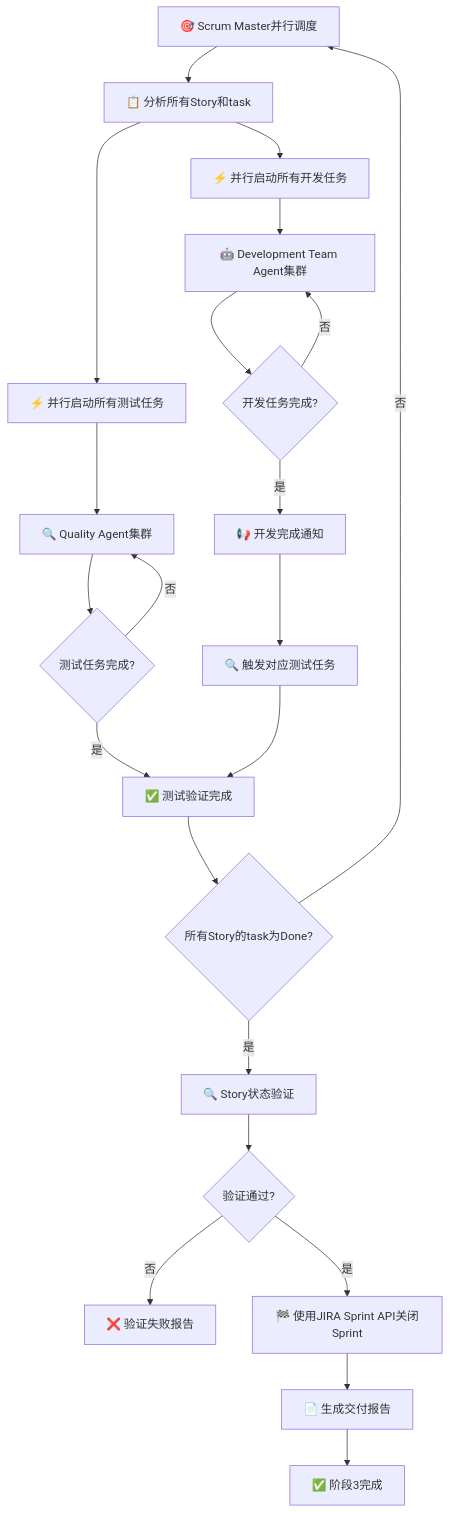
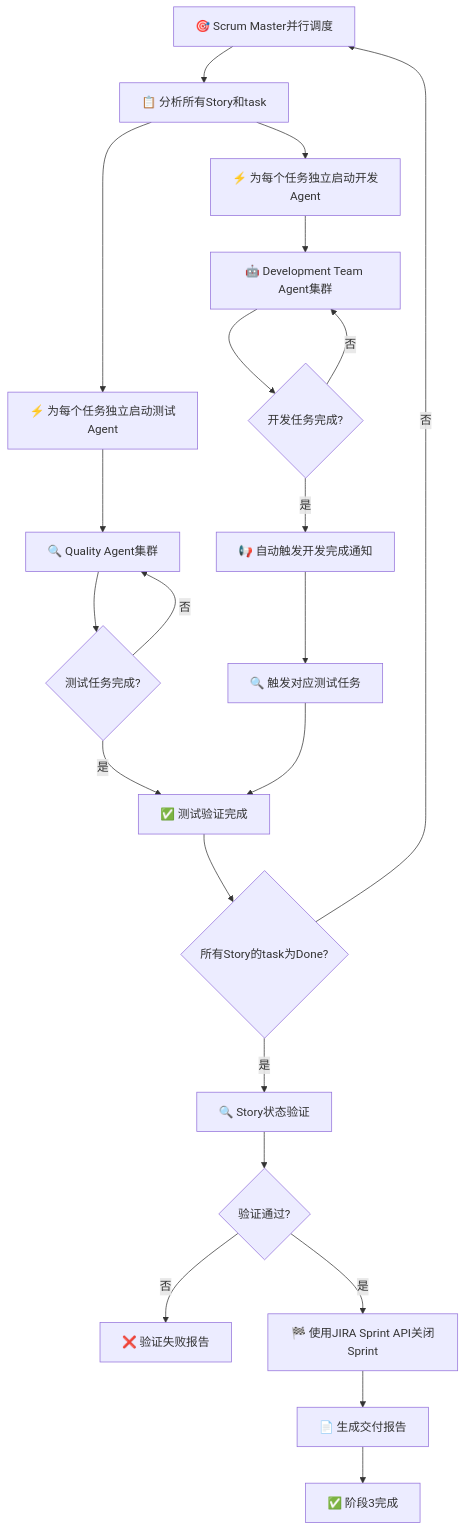
The fourth of 12 diagrams in plugins/agile-marketplace/sprint-plugin/commands/快速sprint.md (ouyangshixiong/context-engineering-zh), drawn with Mermaid before and after one commit. The commit also changed other lines of this file and 7 other files, not shown here.

````diff
--- a/plugins/agile-marketplace/sprint-plugin/commands/快速sprint.md
+++ b/plugins/agile-marketplace/sprint-plugin/commands/快速sprint.md
@@ -180,29 +180,29 @@
 ```mermaid
 flowchart TD
     A[🎯 Scrum Master并行调度] --> B[📋 分析所有Story和task]
-    B --> C[⚡ 并行启动所有开发任务]
-    B --> D[⚡ 并行启动所有测试任务]
+    B --> C[⚡ 为每个任务独立启动开发Agent]
+    B --> D[⚡ 为每个任务独立启动测试Agent]
 
     C --> E[🤖 Development Team Agent集群]
     D --> F[🔍 Quality Agent集群]
 
     E --> G{开发任务完成?}
     G -->|否| E
-    G -->|是| H[📢 开发完成通知]
+    G -->|是| H[📢 自动触发开发完成通知]
     H --> I[🔍 触发对应测试任务]
 
     F --> J{测试任务完成?}
     J -->|否| F
     J -->|是| K[✅ 测试验证完成]
 
     I --> K
 
     K --> L{所有Story的task为Done?}
     L -->|否| A
     L -->|是| M[🔍 Story状态验证]
     M --> N{验证通过?}
     N -->|否| O[❌ 验证失败报告]
     N -->|是| P[🏁 使用JIRA Sprint API关闭Sprint]
     P --> Q[📄 生成交付报告]
     Q --> R[✅ 阶段3完成]
 ```
````
